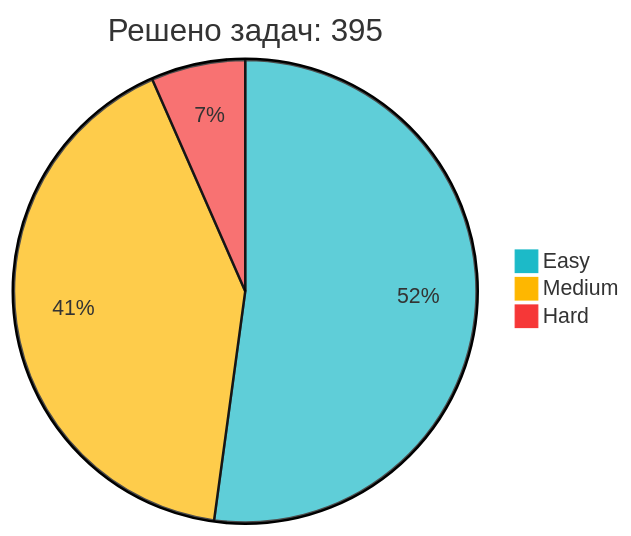
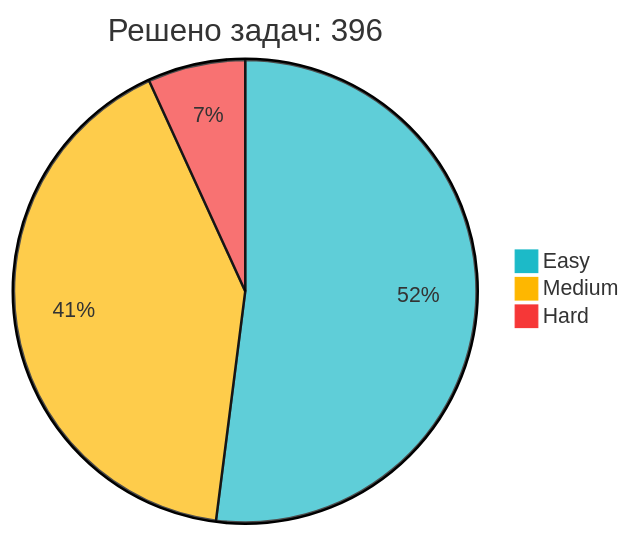
Before and after one commit to IliaKurdukov/IliaKurdukov: the diagram in README.md, drawn with Mermaid. The commit also changed other lines of this file, not shown here.

Commit message:
📈 Обновление статистики LeetCode

````diff
--- a/README.md
+++ b/README.md
@@ -51,7 +51,7 @@
 ```mermaid
 %%{init: {'theme': 'base', 'themeVariables': { 'pie1': '#1CBAC8', 'pie2': '#FEB700', 'pie3': '#F63737' }, 'config': {'width': 300, 'height': 200}}}%%
-pie title Решено задач: 395
+pie title Решено задач: 396
    "Easy" : 206
    "Medium" : 163
-   "Hard" : 26
+   "Hard" : 27
 ```
````
